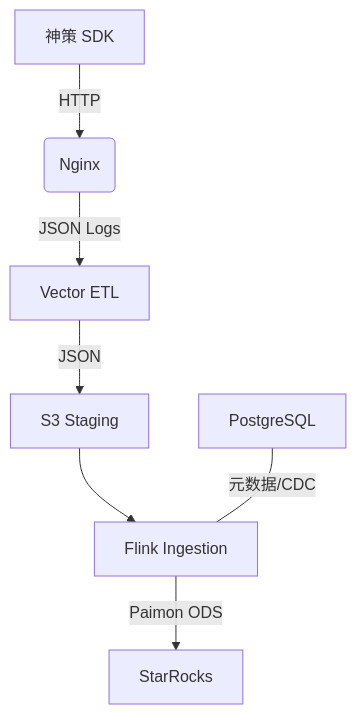
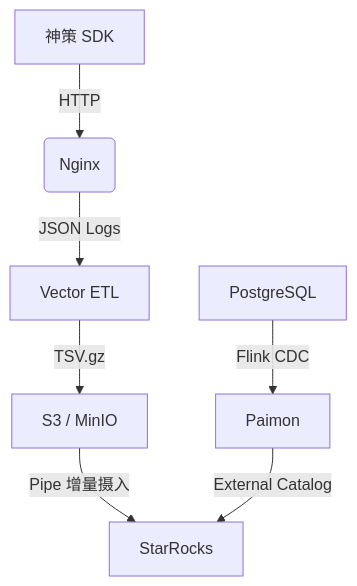
Before and after one commit to zhangchengxiang-ctrl/Lakehouse-track: the diagram in README.md, drawn with Mermaid. The commit also changed other lines of this file and 29 other files, not shown here.

````diff
--- a/README.md
+++ b/README.md
@@ -26,9 +27,9 @@
 ```mermaid
 graph TD
     A[神策 SDK] -->|HTTP| B(Nginx)
     B -->|JSON Logs| C[Vector ETL]
-    C -->|JSON| D[S3 Staging]
-    D --> E[Flink Ingestion]
-    F[PostgreSQL] ---|元数据/CDC| E
-    E -->|Paimon ODS| G[StarRocks]
+    C -->|TSV.gz| D[S3 / MinIO]
+    D -->|Pipe 增量摄入| G[StarRocks]
+    F[PostgreSQL] -->|Flink CDC| E[Paimon]
+    E -->|External Catalog| G
 ```
````
